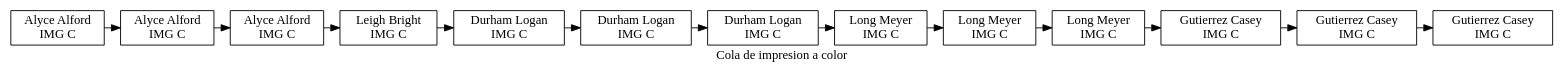
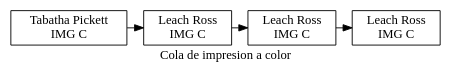
One commit to Kelly901/EDD_PROYECTO_FASE1_201900716 changed the diagram in [EDD]PROYECTO_FASE1_201900716/Proyecto1_Edd/impresoraC.dot. Above: the diagram before and after it, drawn with Graphviz. The commit also changed 26 other files, not shown here.

```diff
--- a/[EDD]PROYECTO_FASE1_201900716/Proyecto1_Edd/impresoraC.dot
+++ b/[EDD]PROYECTO_FASE1_201900716/Proyecto1_Edd/impresoraC.dot
@@ -1,46 +1,19 @@
 digraph G{
 label="Cola de impresion a color";
 node[shape=box];
-n1927950199[label="Alyce Alford
+n1927950199[label="Tabatha Pickett
 IMG C "];
-n868693306[label="Alyce Alford
+n868693306[label="Leach Ross
 IMG C "];
-n1746572565[label="Alyce Alford
+n1746572565[label="Leach Ross
 IMG C "];
-n989110044[label="Leigh Bright
-IMG C "];
-n424058530[label="Durham Logan
-IMG C "];
-n321001045[label="Durham Logan
-IMG C "];
-n791452441[label="Durham Logan
-IMG C "];
-n834600351[label="Long Meyer
-IMG C "];
-n471910020[label="Long Meyer
-IMG C "];
-n531885035[label="Long Meyer
-IMG C "];
-n1418481495[label="Gutierrez Casey
-IMG C "];
-n303563356[label="Gutierrez Casey
-IMG C "];
-n135721597[label="Gutierrez Casey
+n989110044[label="Leach Ross
 IMG C "];
 
 {rank=same;
 n1927950199->n868693306;
 n868693306->n1746572565;
 n1746572565->n989110044;
-n989110044->n424058530;
-n424058530->n321001045;
-n321001045->n791452441;
-n791452441->n834600351;
-n834600351->n471910020;
-n471910020->n531885035;
-n531885035->n1418481495;
-n1418481495->n303563356;
-n303563356->n135721597;
 
 }
 }
```
